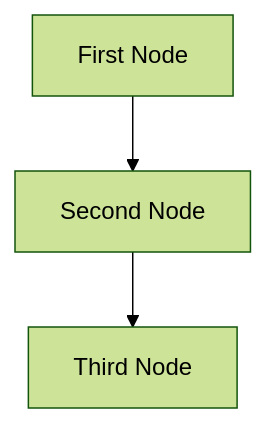
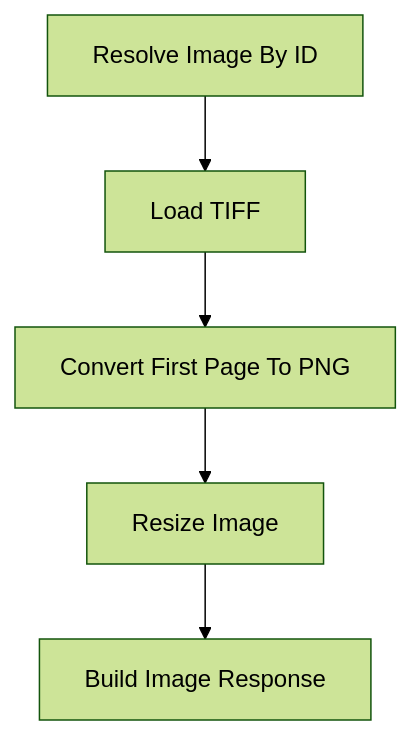
Before and after one commit to rlopez7830/pocketflow-csamdb-app: the second of 2 diagrams in docs/design.md, drawn with Mermaid (forest theme). The commit also changed other lines of this file and 18 other files, not shown here.

First line of the commit message:
feat: CSAM image lookup app with ARIES-only flow

````diff
--- a/docs/design.md
+++ b/docs/design.md
@@ -30,5 +118,7 @@
 ```mermaid
 flowchart TD
-    firstNode[First Node] --> secondNode[Second Node]
-    secondNode --> thirdNode[Third Node]
+   resolveImage[Resolve Image By ID] --> loadTiff[Load TIFF]
+   loadTiff --> convertPng[Convert First Page To PNG]
+   convertPng --> resizeImage[Resize Image]
+   resizeImage --> buildImageResponse[Build Image Response]
 ```
````
